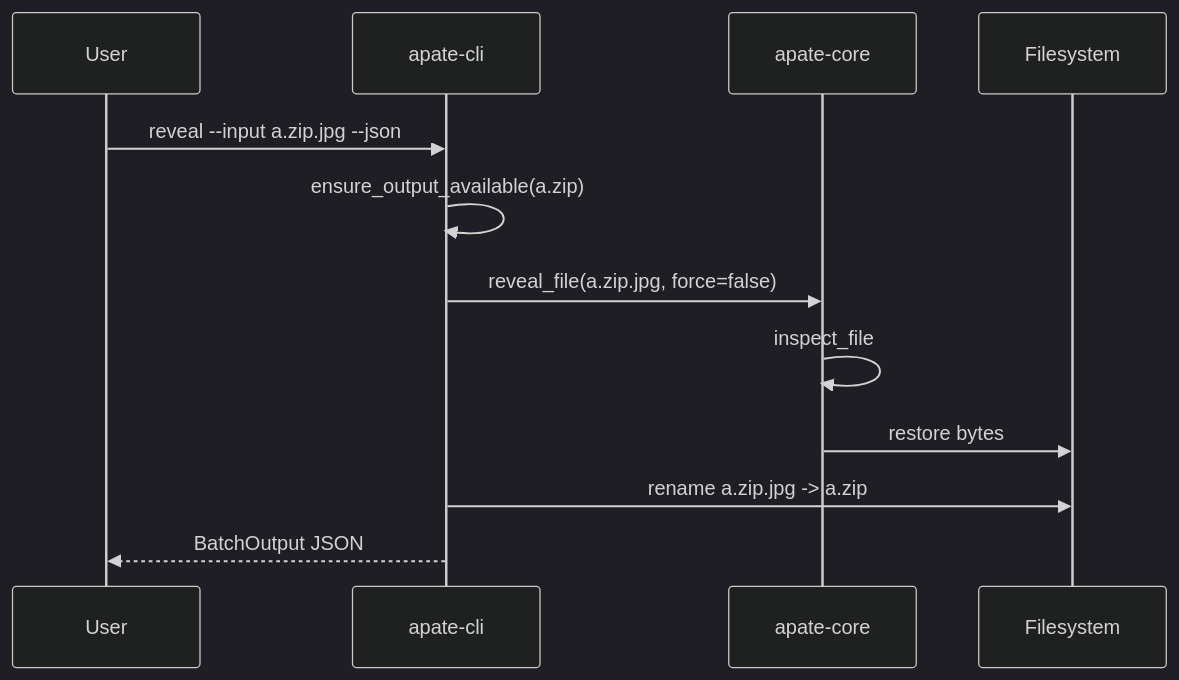
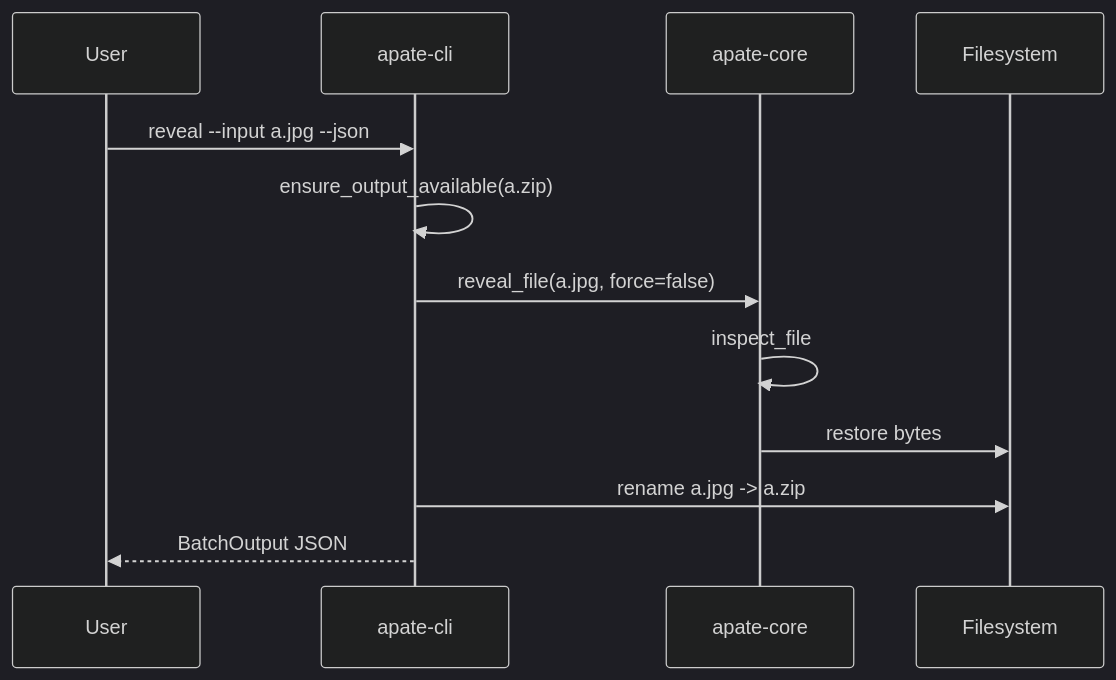
The third of 3 diagrams in docs/ARCHITECTURE.md (SakurajimMai/apate), drawn with Mermaid (dark theme) before and after one commit. The commit also changed other lines of this file and 11 other files, not shown here.

````diff
--- a/docs/ARCHITECTURE.md
+++ b/docs/ARCHITECTURE.md
@@ -84,15 +85,15 @@
 ```mermaid
 sequenceDiagram
     participant U as User
     participant CLI as apate-cli
     participant CORE as apate-core
     participant FS as Filesystem
 
-    U->>CLI: reveal --input a.zip.jpg --json
+    U->>CLI: reveal --input a.jpg --json
     CLI->>CLI: ensure_output_available(a.zip)
-    CLI->>CORE: reveal_file(a.zip.jpg, force=false)
+    CLI->>CORE: reveal_file(a.jpg, force=false)
     CORE->>CORE: inspect_file
     CORE->>FS: restore bytes
-    CLI->>FS: rename a.zip.jpg -> a.zip
+    CLI->>FS: rename a.jpg -> a.zip
     CLI-->>U: BatchOutput JSON
 ```
````
